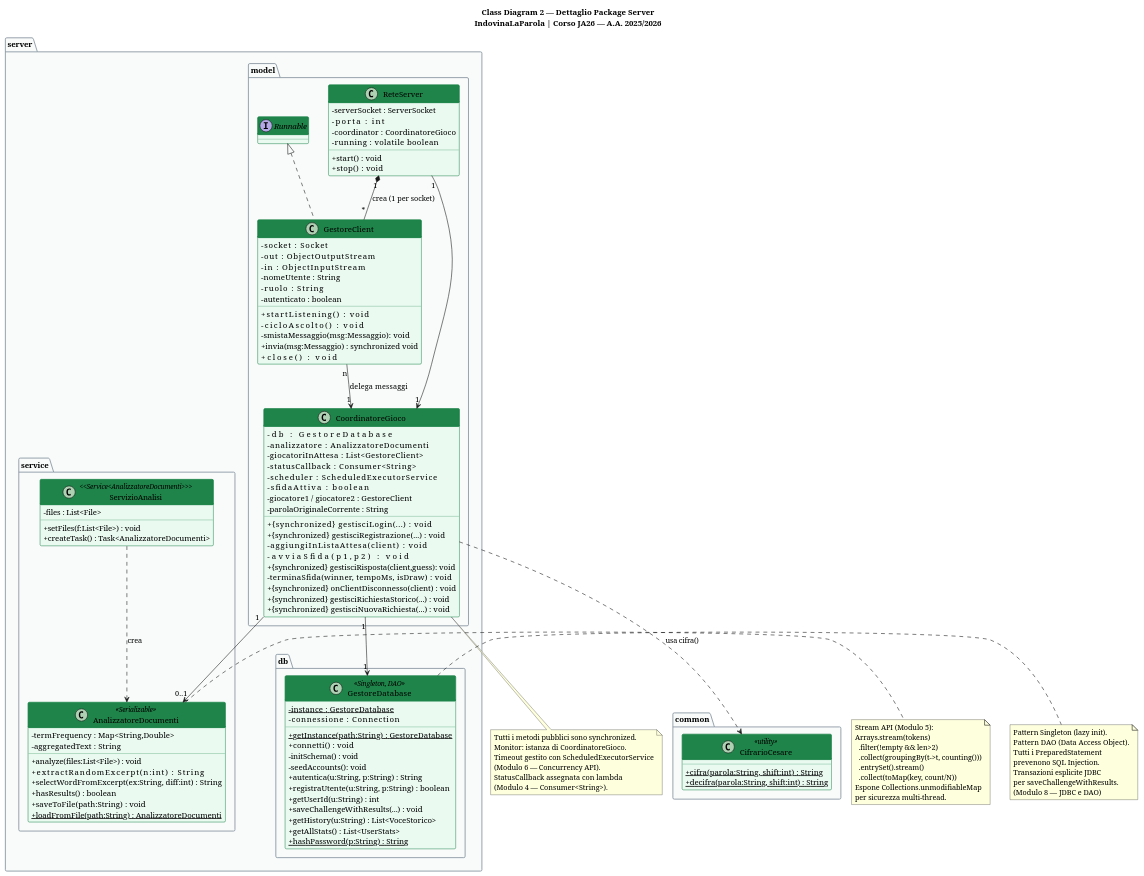
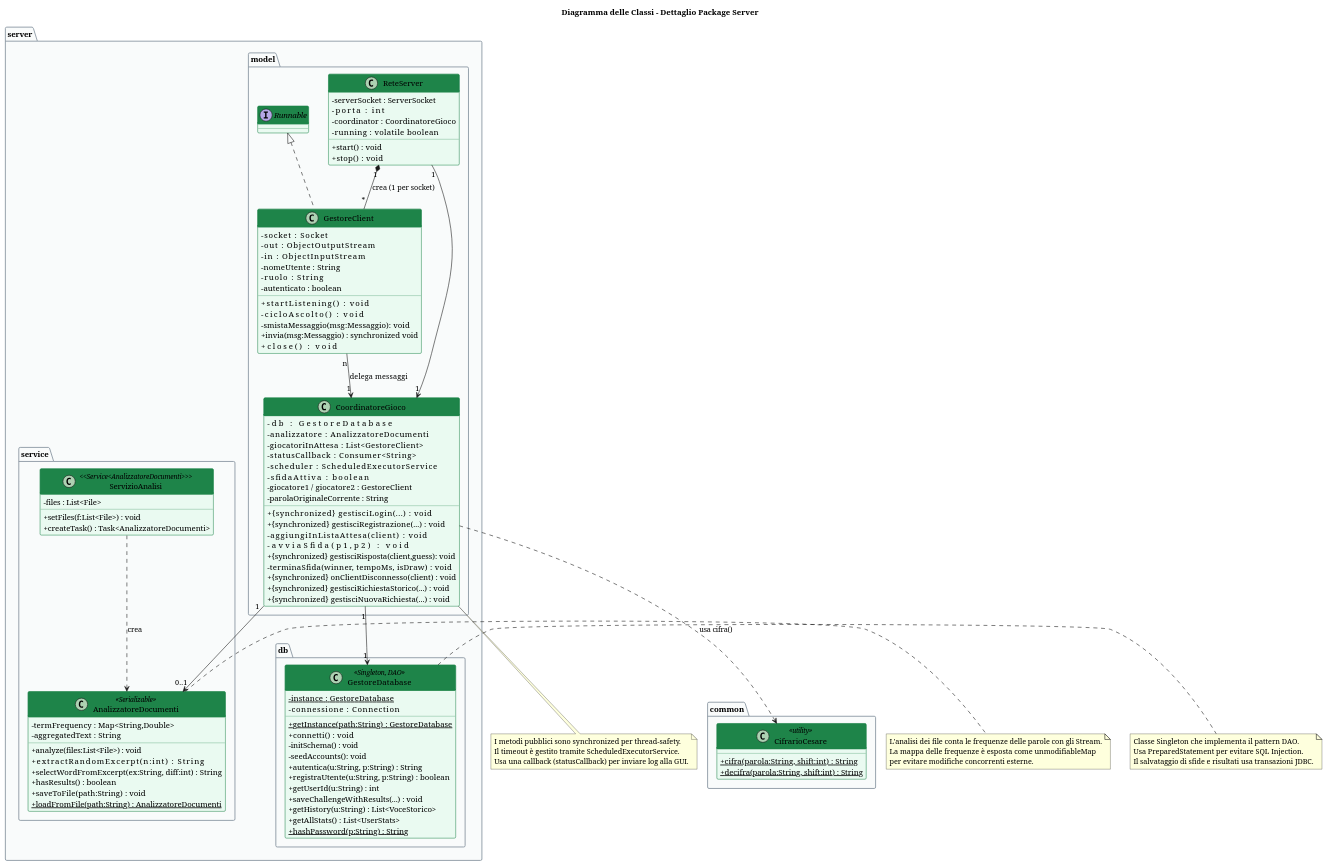
Before and after one commit to Michele-Pio-Russo/Progetto_Java_Avanzata_Gruppo_2: the diagram in Documenti/Diagrammi/CD_02_ServerDettaglio.puml, drawn with PlantUML. The commit also changed 16 other files, not shown here.

```diff
--- a/Documenti/Diagrammi/CD_02_ServerDettaglio.puml
+++ b/Documenti/Diagrammi/CD_02_ServerDettaglio.puml
@@ -1,147 +1,135 @@
 @startuml CD_02_ServerDettaglio
 skinparam classAttributeIconSize 0
 skinparam class {
   BackgroundColor #EAFAF1
   BorderColor #1E8449
   HeaderBackgroundColor #1E8449
   HeaderFontColor White
 }
 skinparam package {
   BackgroundColor #F9FBFB
   BorderColor #85929E
 }
 
-title Class Diagram 2 — Dettaglio Package Server\nIndovinaLaParola | Corso JA26 — A.A. 2025/2026
+title Diagramma delle Classi - Dettaglio Package Server
 
 package "server.model" {
   class ReteServer {
     - serverSocket : ServerSocket
     - porta        : int
     - coordinator  : CoordinatoreGioco
     - running      : volatile boolean
     + start()  : void
     + stop()   : void
   }
 
   class GestoreClient implements Runnable {
     - socket      : Socket
     - out         : ObjectOutputStream
     - in          : ObjectInputStream
     - nomeUtente  : String
     - ruolo       : String
     - autenticato : boolean
     + startListening()              : void
     - cicloAscolto()                : void
     - smistaMessaggio(msg:Messaggio): void
     + invia(msg:Messaggio) : synchronized void
     + close()              : void
   }
 
   class CoordinatoreGioco {
     - db                      : GestoreDatabase
     - analizzatore            : AnalizzatoreDocumenti
     - giocatoriInAttesa       : List<GestoreClient>
     - statusCallback          : Consumer<String>
     - scheduler               : ScheduledExecutorService
     - sfidaAttiva             : boolean
     - giocatore1 / giocatore2 : GestoreClient
     - parolaOriginaleCorrente : String
     + {synchronized} gestisciLogin(...)            : void
     + {synchronized} gestisciRegistrazione(...)    : void
     - aggiungiInListaAttesa(client)                : void
     - avviaSfida(p1,p2)                            : void
     + {synchronized} gestisciRisposta(client,guess): void
     - terminaSfida(winner, tempoMs, isDraw)        : void
     + {synchronized} onClientDisconnesso(client)   : void
     + {synchronized} gestisciRichiestaStorico(...)  : void
     + {synchronized} gestisciNuovaRichiesta(...)   : void
   }
 }
 
 package "server.service" {
   class AnalizzatoreDocumenti <<Serializable>> {
     - termFrequency  : Map<String,Double>
     - aggregatedText : String
     + analyze(files:List<File>) : void
     + extractRandomExcerpt(n:int)                  : String
     + selectWordFromExcerpt(ex:String, diff:int)   : String
     + hasResults() : boolean
     + saveToFile(path:String)   : void
     + {static} loadFromFile(path:String) : AnalizzatoreDocumenti
   }
 
   class ServizioAnalisi <<Service<AnalizzatoreDocumenti>>> {
     - files : List<File>
     + setFiles(f:List<File>) : void
     + createTask() : Task<AnalizzatoreDocumenti>
   }
 }
 
 package "server.db" {
   class GestoreDatabase <<Singleton, DAO>> {
     - {static} instance  : GestoreDatabase
     - connessione        : Connection
     + {static} getInstance(path:String) : GestoreDatabase
     + connetti()   : void
     - initSchema() : void
     - seedAccounts(): void
     + autentica(u:String, p:String) : String
     + registraUtente(u:String, p:String) : boolean
     + getUserId(u:String) : int
     + saveChallengeWithResults(...) : void
     + getHistory(u:String) : List<VoceStorico>
     + getAllStats() : List<UserStats>
     + {static} hashPassword(p:String) : String
   }
 }
 
 package "common" {
   class CifrarioCesare <<utility>> {
     + {static} cifra(parola:String, shift:int)   : String
     + {static} decifra(parola:String, shift:int) : String
   }
 }
 
-' === RELAZIONI ===
+' --- Relazioni ---
 ReteServer "1" *-- "*" GestoreClient   : crea (1 per socket)
 ReteServer "1" --> "1" CoordinatoreGioco
 
 GestoreClient "n" --> "1" CoordinatoreGioco : delega messaggi
 
 CoordinatoreGioco "1" --> "1" GestoreDatabase
 CoordinatoreGioco "1" --> "0..1" AnalizzatoreDocumenti
 CoordinatoreGioco ..> CifrarioCesare : usa cifra()
 
 ServizioAnalisi ..> AnalizzatoreDocumenti : crea
 
 note bottom of CoordinatoreGioco
-  Tutti i metodi pubblici sono synchronized.
-  Monitor: istanza di CoordinatoreGioco.
-  Timeout gestito con ScheduledExecutorService
-  (Modulo 6 — Concurrency API).
-  StatusCallback assegnata con lambda
-  (Modulo 4 — Consumer<String>).
+  I metodi pubblici sono synchronized per thread-safety.
+  Il timeout è gestito tramite ScheduledExecutorService.
+  Usa una callback (statusCallback) per inviare log alla GUI.
 end note
 
 note right of AnalizzatoreDocumenti
-  Stream API (Modulo 5):
-  Arrays.stream(tokens)
-    .filter(!empty && len>2)
-    .collect(groupingBy(t->t, counting()))
-    .entrySet().stream()
-    .collect(toMap(key, count/N))
-  Espone Collections.unmodifiableMap
-  per sicurezza multi-thread.
+  L'analisi dei file conta le frequenze delle parole con gli Stream.
+  La mappa delle frequenze è esposta come unmodifiableMap
+  per evitare modifiche concorrenti esterne.
 end note
 
 note right of GestoreDatabase
-  Pattern Singleton (lazy init).
-  Pattern DAO (Data Access Object).
-  Tutti i PreparedStatement
-  prevenono SQL Injection.
-  Transazioni esplicite JDBC
-  per saveChallengeWithResults.
-  (Modulo 8 — JDBC e DAO)
+  Classe Singleton che implementa il pattern DAO.
+  Usa PreparedStatement per evitare SQL Injection.
+  Il salvataggio di sfide e risultati usa transazioni JDBC.
 end note
 
 @enduml
```
